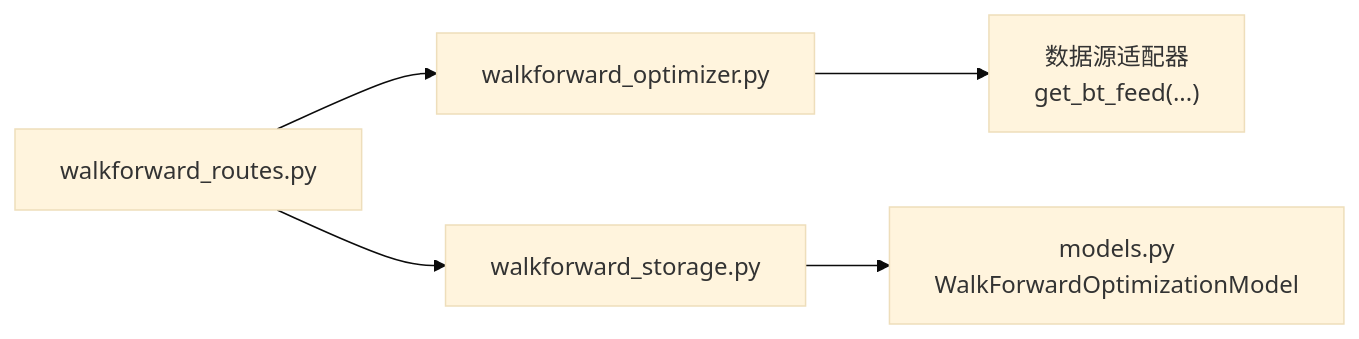
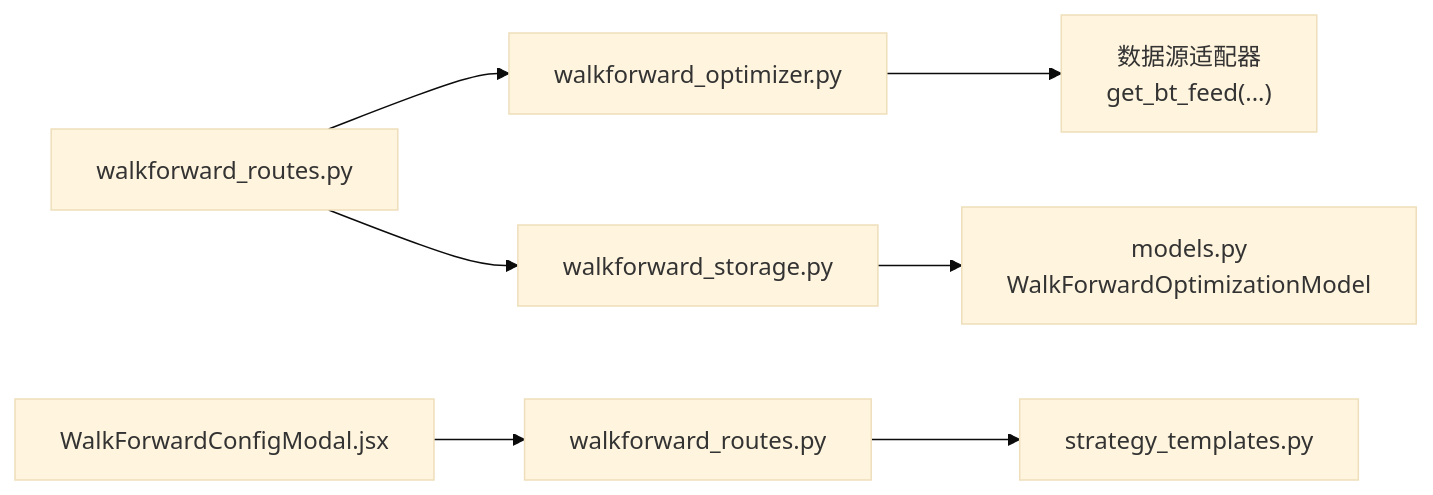
The fifth of 5 diagrams in .qoder/repowiki/zh/content/核心功能详解/Walk-Forward参数优化.md (faryhuo/backtrader), drawn with Mermaid (base theme) before and after one commit. The commit also changed other lines of this file and 8 other files, not shown here.

````diff
--- a/.qoder/repowiki/zh/content/核心功能详解/Walk-Forward参数优化.md
+++ b/.qoder/repowiki/zh/content/核心功能详解/Walk-Forward参数优化.md
@@ -254,7 +358,9 @@
 ```mermaid
 graph LR
 R["walkforward_routes.py"] --> O["walkforward_optimizer.py"]
 R --> S["walkforward_storage.py"]
 O --> D["数据源适配器<br/>get_bt_feed(...)"]
 S --> M["models.py<br/>WalkForwardOptimizationModel"]
+CM["WalkForwardConfigModal.jsx"] --> API["walkforward_routes.py"]
+API --> STRAT["strategy_templates.py"]
 ```
````
